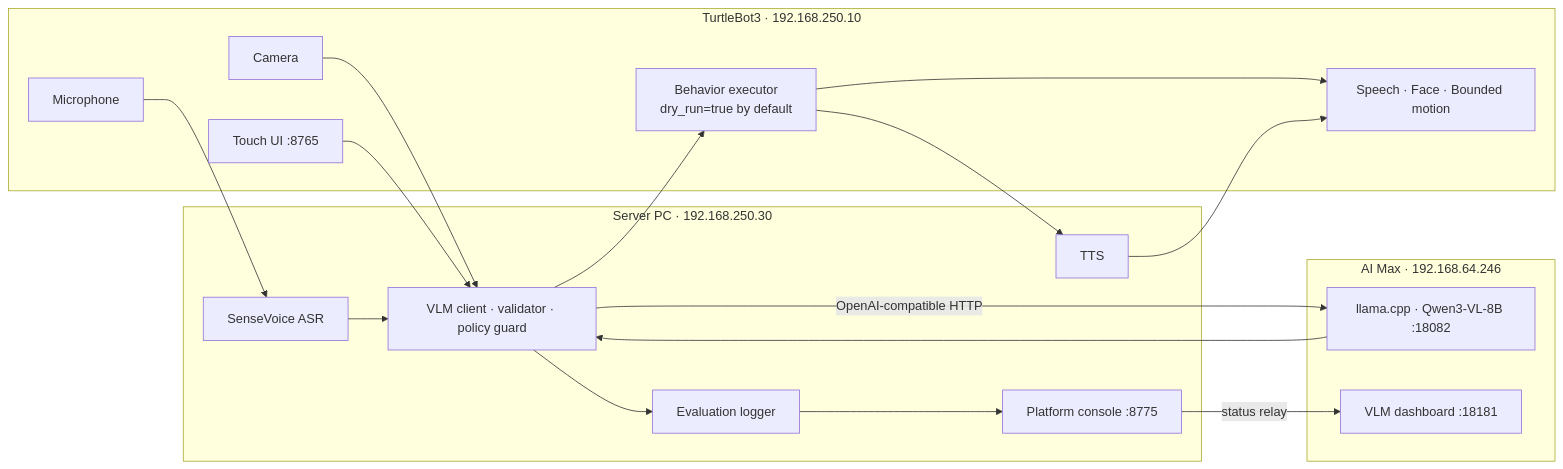
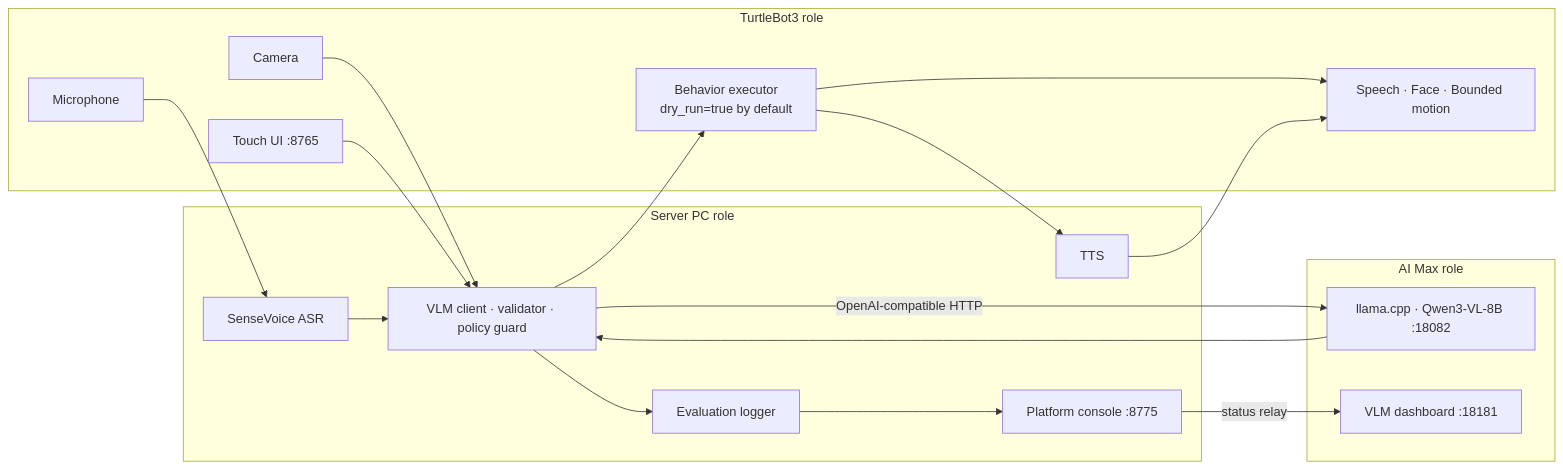
The first of 2 diagrams in docs/architecture.md (r1file/tb3-multimodal-interaction), drawn with Mermaid before and after one commit. The commit also changed other lines of this file and 83 other files, not shown here.

````diff
--- a/docs/architecture.md
+++ b/docs/architecture.md
@@ -6,32 +6,32 @@
 ```mermaid
 flowchart LR
-  subgraph TB3["TurtleBot3 · 192.168.250.10"]
+  subgraph TB3["TurtleBot3 role"]
     MIC["Microphone"]
     CAM["Camera"]
     EXEC["Behavior executor\ndry_run=true by default"]
     OUT["Speech · Face · Bounded motion"]
     UI["Touch UI :8765"]
   end
-  subgraph SERVER["Server PC · 192.168.250.30"]
+  subgraph SERVER["Server PC role"]
     ASR["SenseVoice ASR"]
     CLIENT["VLM client · validator · policy guard"]
     LOG["Evaluation logger"]
     WEB["Platform console :8775"]
     TTS["TTS"]
   end
-  subgraph AI["AI Max · 192.168.64.246"]
+  subgraph AI["AI Max role"]
     LLAMA["llama.cpp · Qwen3-VL-8B :18082"]
     DASH["VLM dashboard :18181"]
   end
 
   MIC --> ASR --> CLIENT
   CAM --> CLIENT
   CLIENT -->|"OpenAI-compatible HTTP"| LLAMA
   LLAMA --> CLIENT
   CLIENT --> EXEC --> OUT
   EXEC --> TTS --> OUT
   CLIENT --> LOG
   LOG --> WEB
   WEB -->|"status relay"| DASH
   UI --> CLIENT
 ```
````
